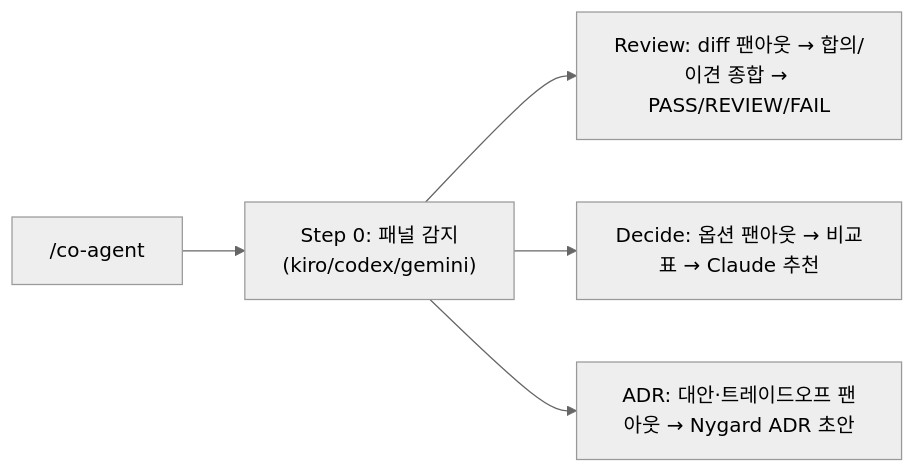
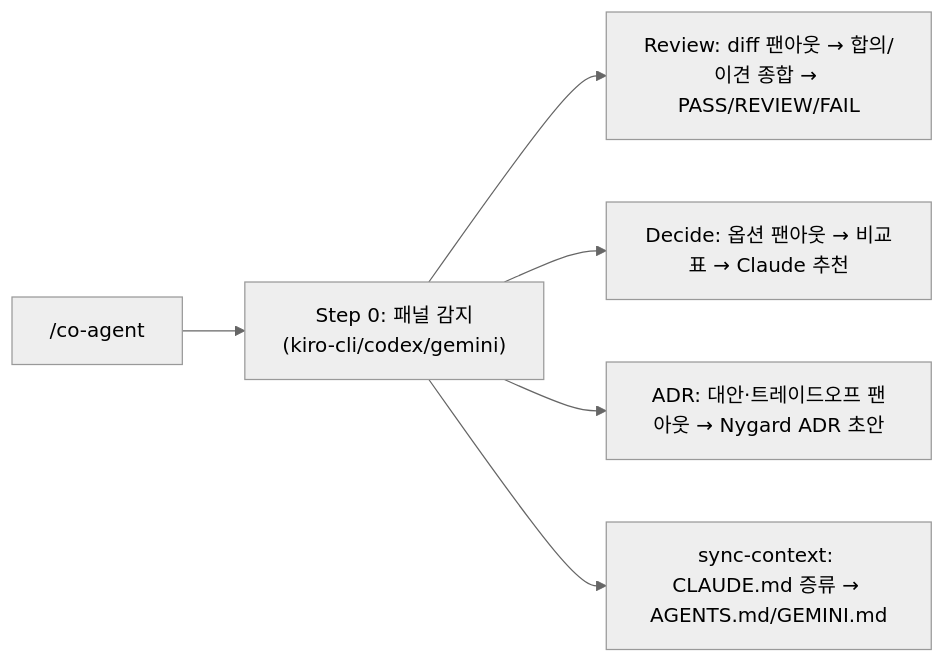
Before and after one commit to Atom-oh/oh-my-cloud-skills: the diagram in docs/docs/co-agent/overview.md, drawn with Mermaid (neutral theme). The commit also changed other lines of this file and 17 other files, not shown here.

````diff
--- a/docs/docs/co-agent/overview.md
+++ b/docs/docs/co-agent/overview.md
@@ -36,7 +43,8 @@
 ```mermaid
 flowchart LR
-    A["/co-agent"] --> P["Step 0: 패널 감지<br/>(kiro/codex/gemini)"]
+    A["/co-agent"] --> P["Step 0: 패널 감지<br/>(kiro-cli/codex/gemini)"]
     P --> R["Review: diff 팬아웃 → 합의/이견 종합 → PASS/REVIEW/FAIL"]
     P --> D["Decide: 옵션 팬아웃 → 비교표 → Claude 추천"]
     P --> ADR["ADR: 대안·트레이드오프 팬아웃 → Nygard ADR 초안"]
+    P --> S["sync-context: CLAUDE.md 증류 → AGENTS.md/GEMINI.md"]
 ```
````
